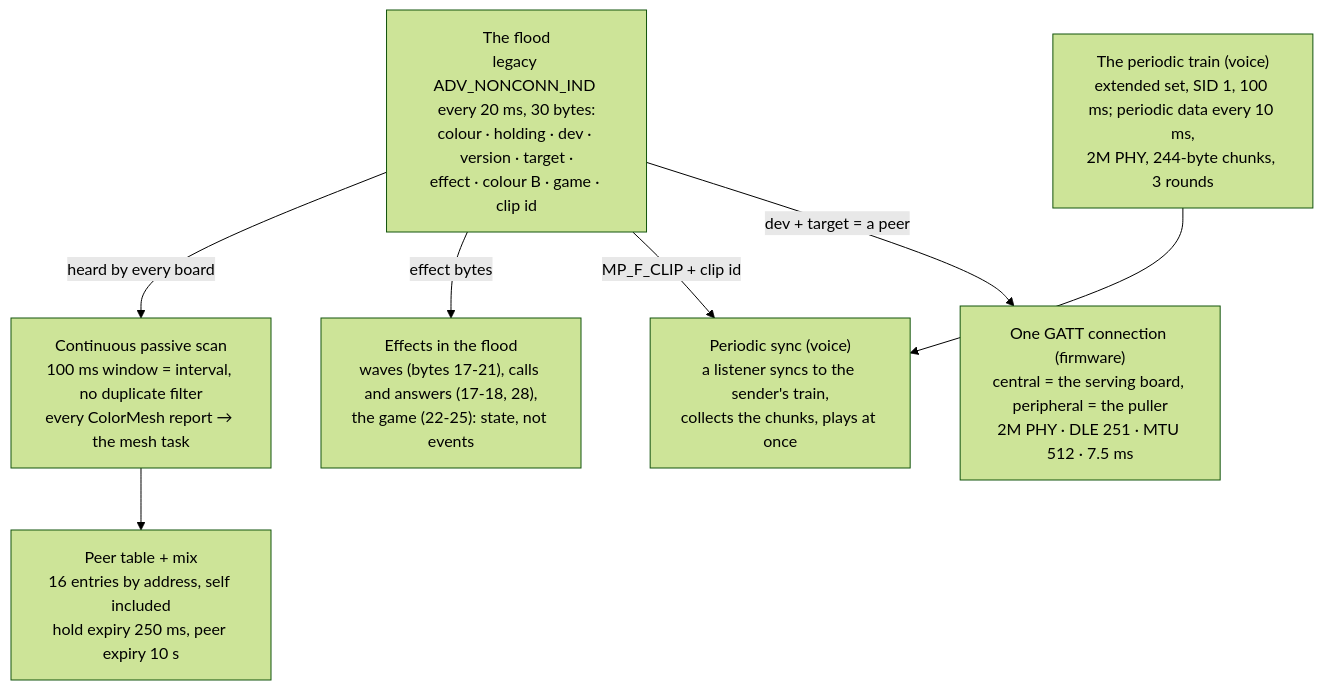
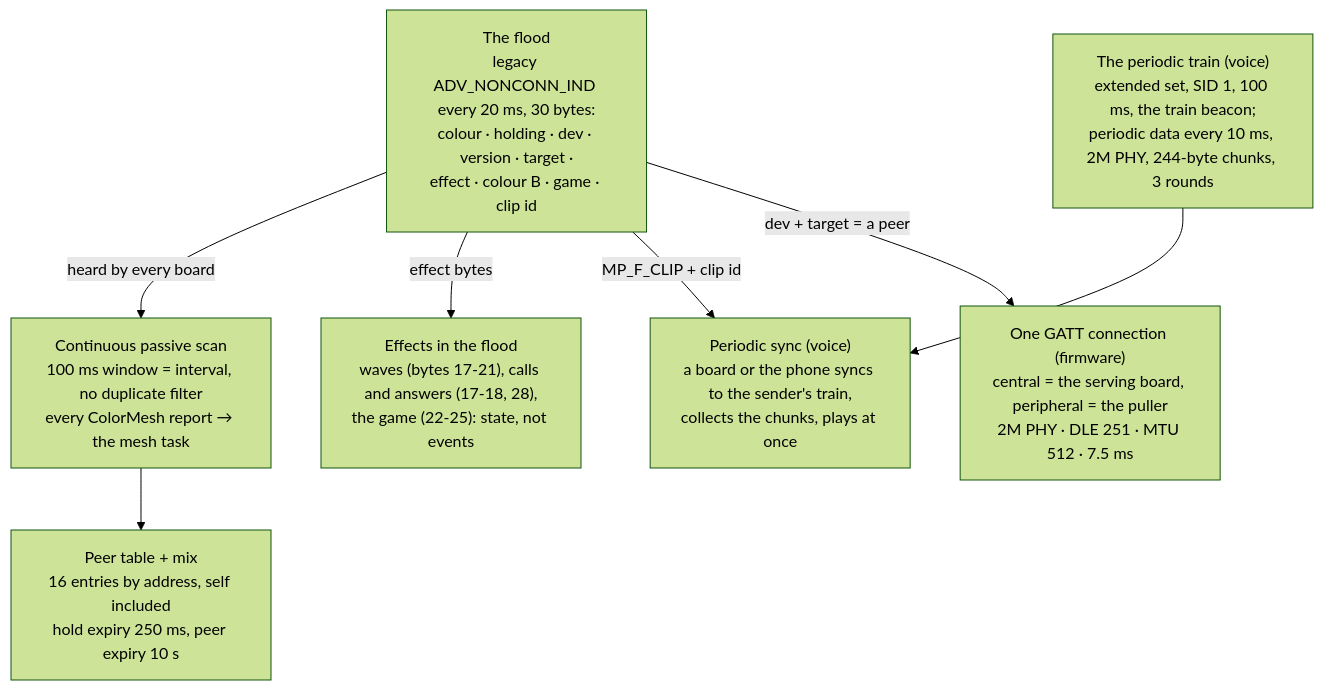
One commit to TheMonkeyz/esp32-s3-colormesh changed the seventh of 21 diagrams in docs/DIAGRAMS.md. Above: the diagram before and after it, drawn with Mermaid (forest theme). The commit also changed other lines of this file and 25 other files, not shown here.

First line of the commit message:
Phone hears the boards' voice clips: train beacon, the hidden periodic sync on Android 17

````diff
--- a/docs/DIAGRAMS.md
+++ b/docs/DIAGRAMS.md
@@ -245,16 +245,16 @@
 ```mermaid
 flowchart TB
   flood["The flood<br/>legacy ADV_NONCONN_IND every 20 ms, 30 bytes:<br/>colour · holding · dev · version · target ·<br/>effect · colour B · game · clip id"]
   scan["Continuous passive scan<br/>100 ms window = interval, no duplicate filter<br/>every ColorMesh report → the mesh task"]
-  train["The periodic train (voice)<br/>extended set, SID 1, 100 ms; periodic data every 10 ms,<br/>2M PHY, 244-byte chunks, 3 rounds"]
-  sync["Periodic sync (voice)<br/>a listener syncs to the sender's train,<br/>collects the chunks, plays at once"]
+  train["The periodic train (voice)<br/>extended set, SID 1, 100 ms, the train beacon;<br/>periodic data every 10 ms, 2M PHY, 244-byte chunks, 3 rounds"]
+  sync["Periodic sync (voice)<br/>a board or the phone syncs to the sender's train,<br/>collects the chunks, plays at once"]
   link["One GATT connection (firmware)<br/>central = the serving board, peripheral = the puller<br/>2M PHY · DLE 251 · MTU 512 · 7.5 ms"]
   table["Peer table + mix<br/>16 entries by address, self included<br/>hold expiry 250 ms, peer expiry 10 s"]
   effects["Effects in the flood<br/>waves (bytes 17-21), calls and answers (17-18, 28),<br/>the game (22-25): state, not events"]
 
   flood -- "heard by every board" --> scan --> table
   flood -- "effect bytes" --> effects
   flood -- "MP_F_CLIP + clip id" --> sync
   train --> sync
   flood -- "dev + target = a peer" --> link
 ```
````
